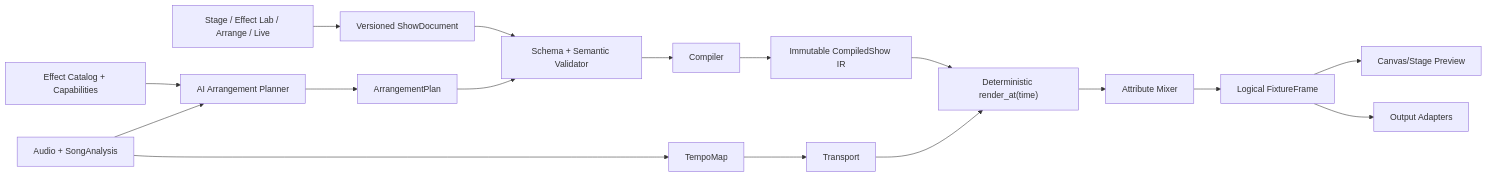
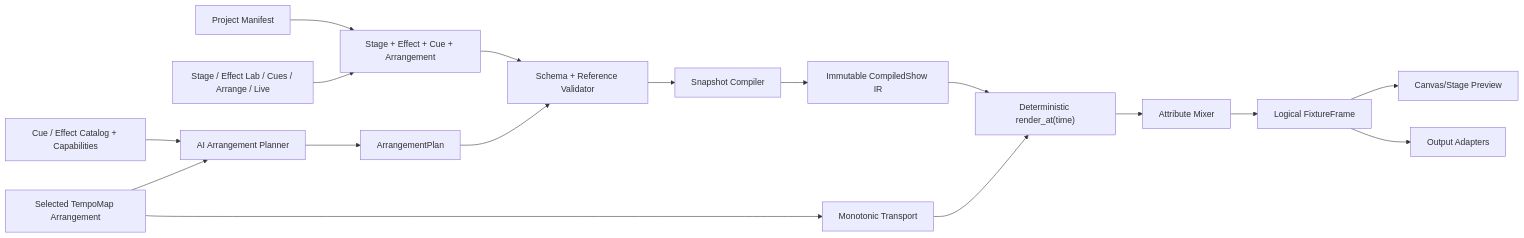
One commit to matozz/lumina-ai changed the first of 3 diagrams in docs/lumina-overhaul-plan.md. Above: the diagram before and after it, drawn with Mermaid. The commit also changed other lines of this file and 4 other files, not shown here.

Commit message:
docs(plan): 📝 supersede audio-driven Stage 7

````diff
--- a/docs/lumina-overhaul-plan.md
+++ b/docs/lumina-overhaul-plan.md
@@ -128,23 +136,23 @@
 ```mermaid
 flowchart LR
-    DOC["Versioned ShowDocument"] --> VALIDATE["Schema + Semantic Validator"]
-    VALIDATE --> COMPILER["Compiler"]
+    PROJECT["Project Manifest"] --> ASSETS["Stage + Effect + Cue + Arrangement"]
+    ASSETS --> VALIDATE["Schema + Reference Validator"]
+    VALIDATE --> COMPILER["Snapshot Compiler"]
     COMPILER --> IR["Immutable CompiledShow IR"]
 
-    AUDIO["Audio + SongAnalysis"] --> TEMPO["TempoMap"]
-    TEMPO --> TRANSPORT["Transport"]
+    ARRANGEMENT["Selected TempoMap Arrangement"] --> TRANSPORT["Monotonic Transport"]
     IR --> RENDER["Deterministic render_at(time)"]
     TRANSPORT --> RENDER
 
     RENDER --> MIXER["Attribute Mixer"]
     MIXER --> FRAME["Logical FixtureFrame"]
     FRAME --> PREVIEW["Canvas/Stage Preview"]
     FRAME --> OUTPUT["Output Adapters"]
 
-    CATALOG["Effect Catalog + Capabilities"] --> AI["AI Arrangement Planner"]
-    AUDIO --> AI
+    CATALOG["Cue / Effect Catalog + Capabilities"] --> AI["AI Arrangement Planner"]
+    ARRANGEMENT --> AI
     AI --> PLAN["ArrangementPlan"]
     PLAN --> VALIDATE
 
-    UI["Stage / Effect Lab / Arrange / Live"] --> DOC
+    UI["Stage / Effect Lab / Cues / Arrange / Live"] --> ASSETS
 ```
````
